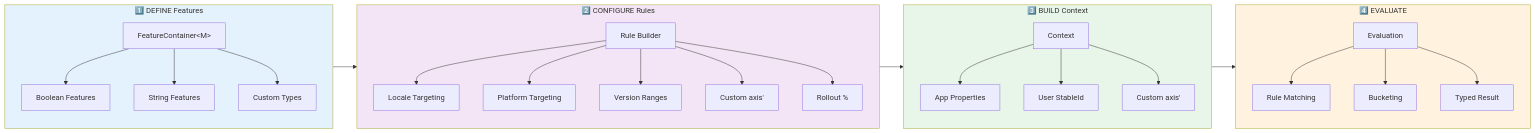
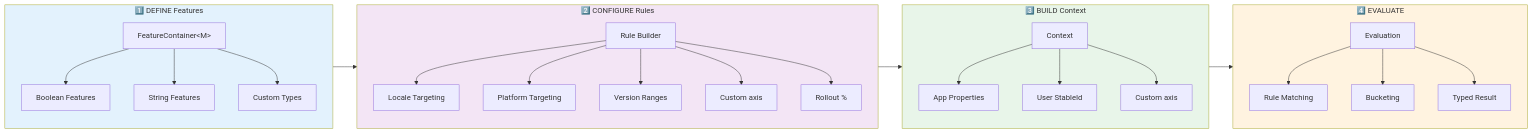
The third of 6 diagrams in docs/onboarding-flow.md (amichne/konditional), drawn with Mermaid before and after one commit. The commit also changed other lines of this file and 54 other files, not shown here.

Commit message:
Removed unused, and standardized the remaining names for all Kontract meta-schema and validatable value instances

````diff
--- a/docs/onboarding-flow.md
+++ b/docs/onboarding-flow.md
@@ -56,41 +56,41 @@
 ```mermaid
 flowchart LR
     subgraph Define["1️⃣ DEFINE Features"]
         FC[FeatureContainer&ltM&gt]
         FC --> BF[Boolean Features]
         FC --> SF[String Features]
         FC --> CF[Custom Types]
     end
 
     subgraph Rules["2️⃣ CONFIGURE Rules"]
         R[Rule Builder]
         R --> L[Locale Targeting]
         R --> P[Platform Targeting]
         R --> V[Version Ranges]
-        R --> D[Custom axis']
+        R --> D[Custom axis]
         R --> RO[Rollout %]
     end
 
     subgraph Context["3️⃣ BUILD Context"]
         CTX[Context]
         CTX --> A[App Properties]
         CTX --> U[User StableId]
-        CTX --> CD[Custom axis']
+        CTX --> CD[Custom axis]
     end
 
     subgraph Eval["4️⃣ EVALUATE"]
         E[Evaluation]
         E --> M[Rule Matching]
         E --> B[Bucketing]
         E --> T[Typed Result]
     end
 
     Define --> Rules
     Rules --> Context
     Context --> Eval
 
     style Define fill:#e3f2fd
     style Rules fill:#f3e5f5
     style Context fill:#e8f5e9
     style Eval fill:#fff3e0
 ```
````
